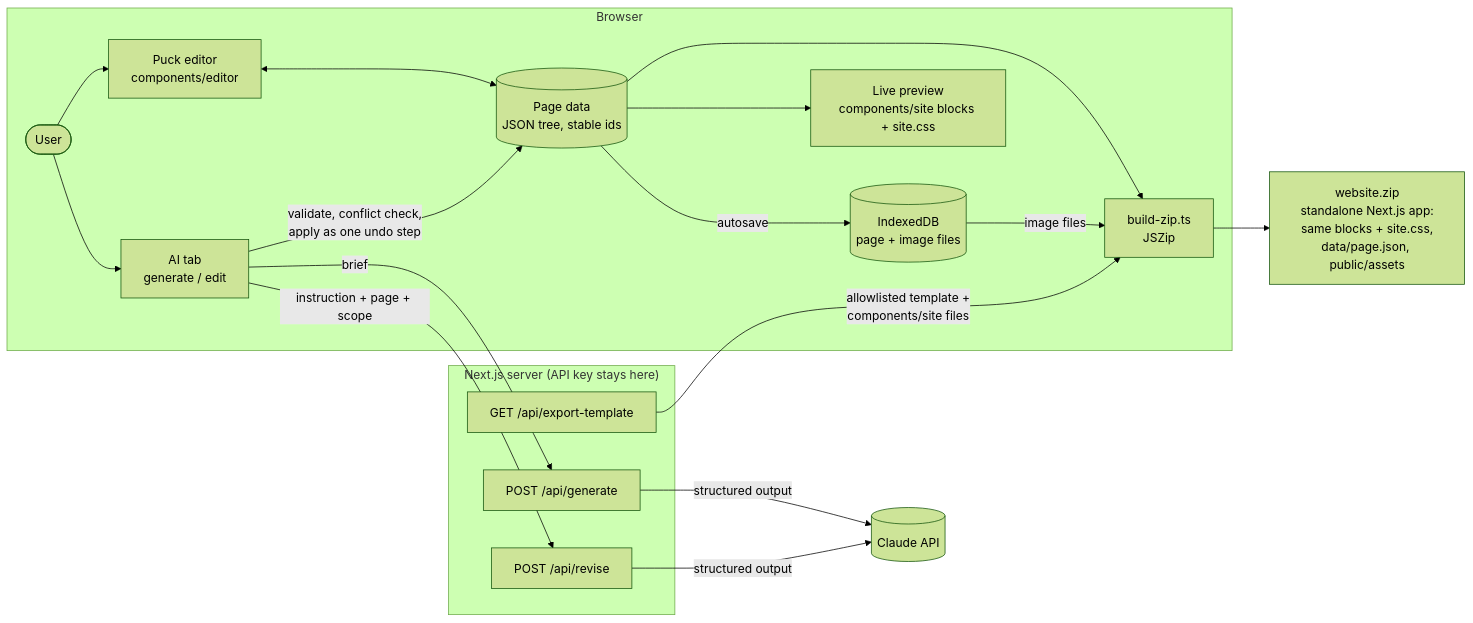
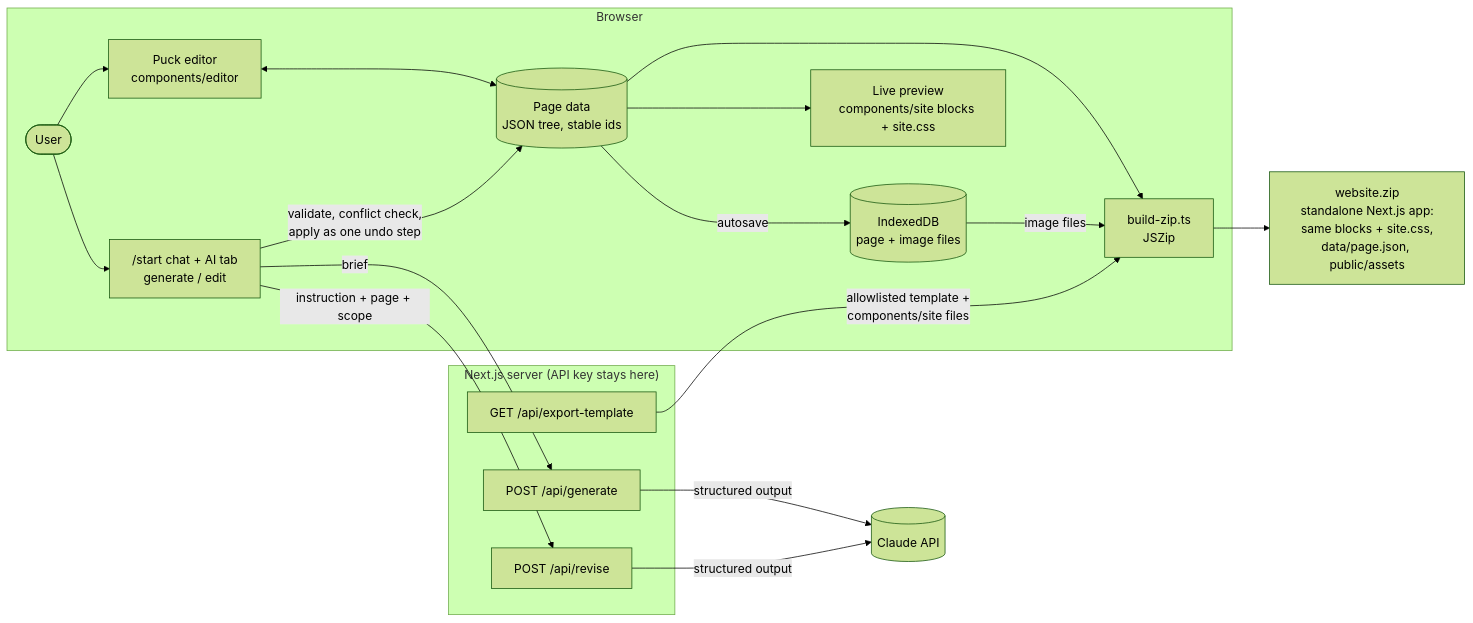
One commit to Harshraj9142/vyohm-studio changed the diagram in README.md. Above: the diagram before and after it, drawn with Mermaid (forest theme). The commit also changed other lines of this file and 9 other files, not shown here.

````diff
--- a/README.md
+++ b/README.md
@@ -75,24 +88,24 @@
 ```mermaid
 flowchart LR
   subgraph Browser
     U([User]) --> ED["Puck editor<br/>components/editor"]
-    U --> AI["AI tab<br/>generate / edit"]
+    U --> AI["/start chat + AI tab<br/>generate / edit"]
     ED <--> PD[("Page data<br/>JSON tree, stable ids")]
     AI -- "validate, conflict check,<br/>apply as one undo step" --> PD
     PD -- "autosave" --> IDB[("IndexedDB<br/>page + image files")]
     PD --> PV["Live preview<br/>components/site blocks + site.css"]
     PD --> ZIP["build-zip.ts<br/>JSZip"]
     IDB -- "image files" --> ZIP
   end
   subgraph Server["Next.js server (API key stays here)"]
     GEN["POST /api/generate"]
     REV["POST /api/revise"]
     TPL["GET /api/export-template"]
   end
   AI -- "brief" --> GEN
   AI -- "instruction + page + scope" --> REV
   GEN -- "structured output" --> CL[("Claude API")]
   REV -- "structured output" --> CL
   TPL -- "allowlisted template +<br/>components/site files" --> ZIP
   ZIP --> OUT["website.zip<br/>standalone Next.js app:<br/>same blocks + site.css,<br/>data/page.json, public/assets"]
 ```
````
